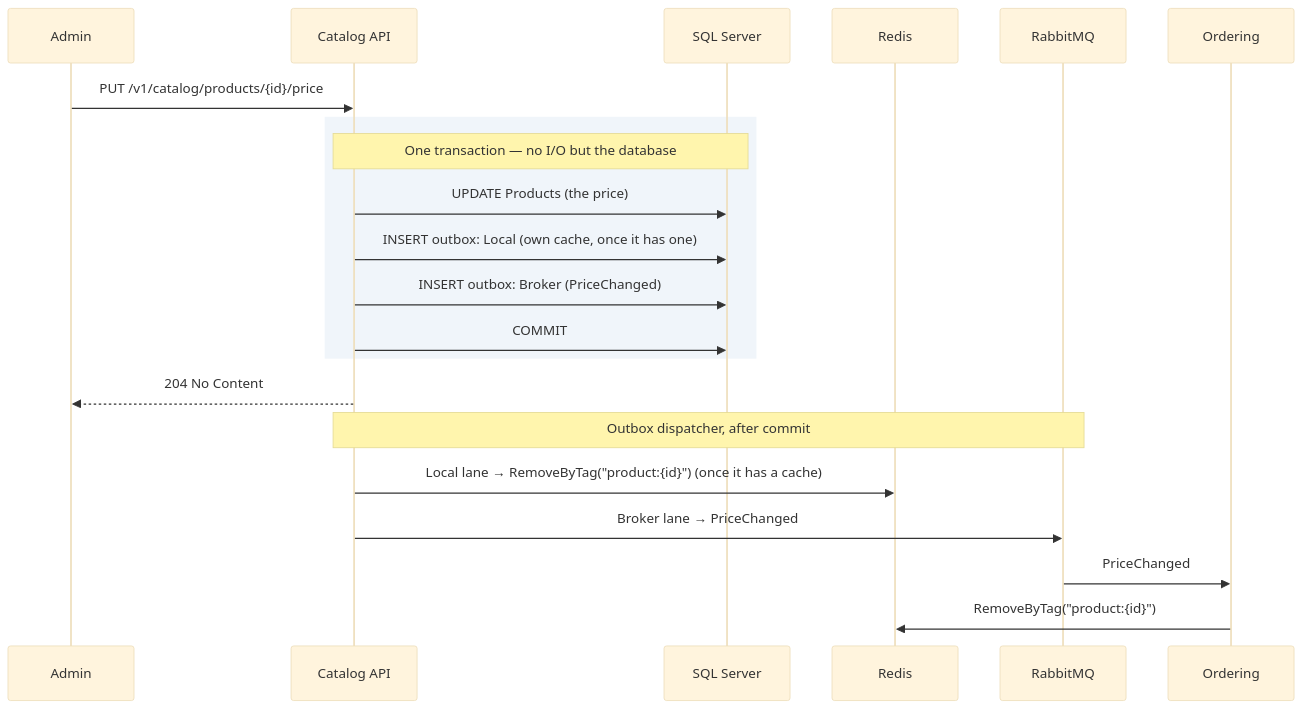
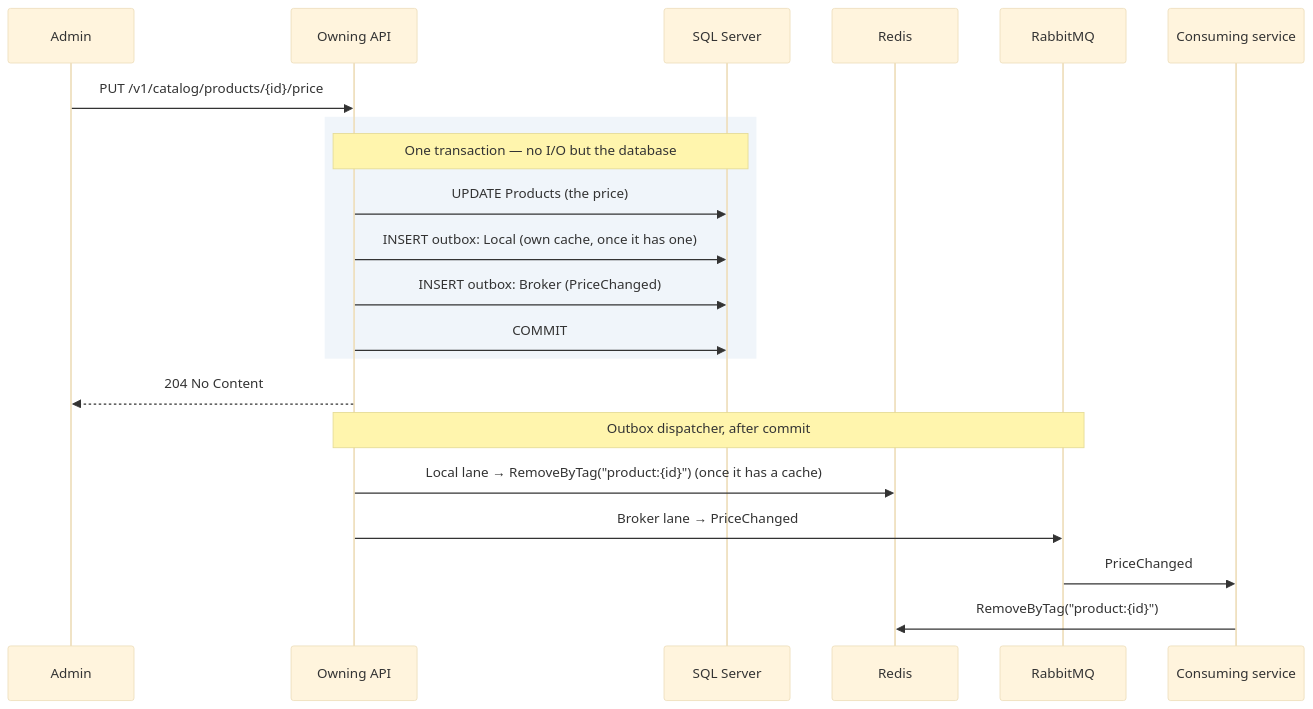
Before and after one commit to alexander-shamray/blueprint-backend: the diagram in docs/backend-architecture/08-caching-redis.md, drawn with Mermaid (base theme). The commit also changed other lines of this file and 3 other files, not shown here.

First line of the commit message:
docs: section 5, 7 and 8 move the Ordering and Catalog illustrations to Appendix E (#908)

````diff
--- a/docs/backend-architecture/08-caching-redis.md
+++ b/docs/backend-architecture/08-caching-redis.md
@@ -259,25 +261,25 @@
 ```mermaid
 sequenceDiagram
     participant A as Admin
-    participant C as Catalog API
+    participant C as Owning API
     participant DB as SQL Server
     participant R as Redis
     participant MQ as RabbitMQ
-    participant O as Ordering
+    participant O as Consuming service
 
     A->>C: PUT /v1/catalog/products/{id}/price
     rect rgb(240, 245, 250)
     Note over C,DB: One transaction — no I/O but the database
     C->>DB: UPDATE Products (the price)
     C->>DB: INSERT outbox: Local (own cache, once it has one)
     C->>DB: INSERT outbox: Broker (PriceChanged)
     C->>DB: COMMIT
     end
     C-->>A: 204 No Content
 
     Note over C,MQ: Outbox dispatcher, after commit
     C->>R: Local lane → RemoveByTag("product:{id}") (once it has a cache)
     C->>MQ: Broker lane → PriceChanged
     MQ->>O: PriceChanged
     O->>R: RemoveByTag("product:{id}")
 ```
````
